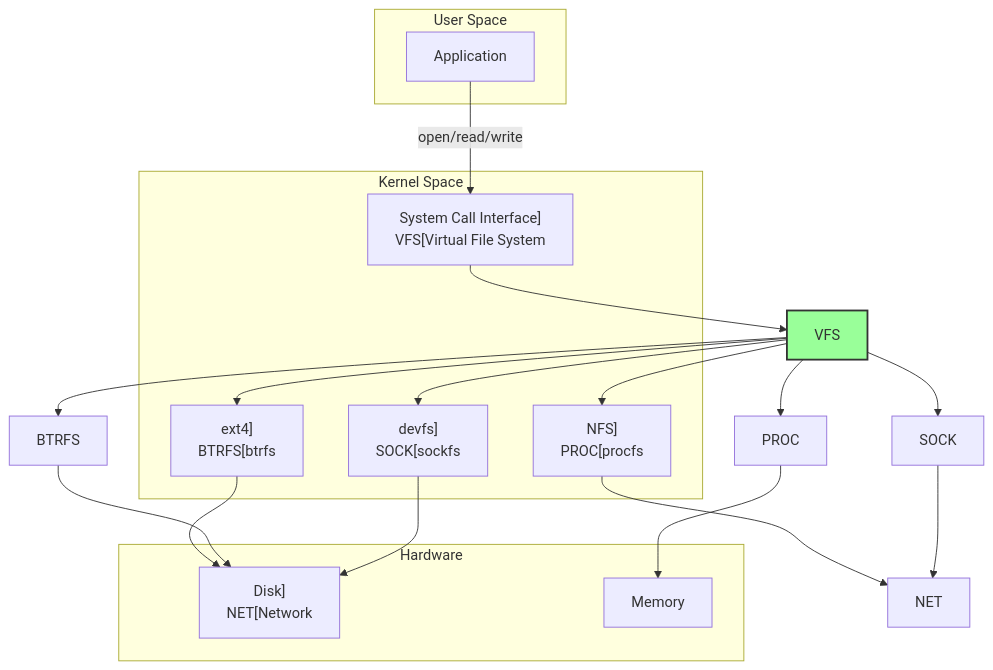
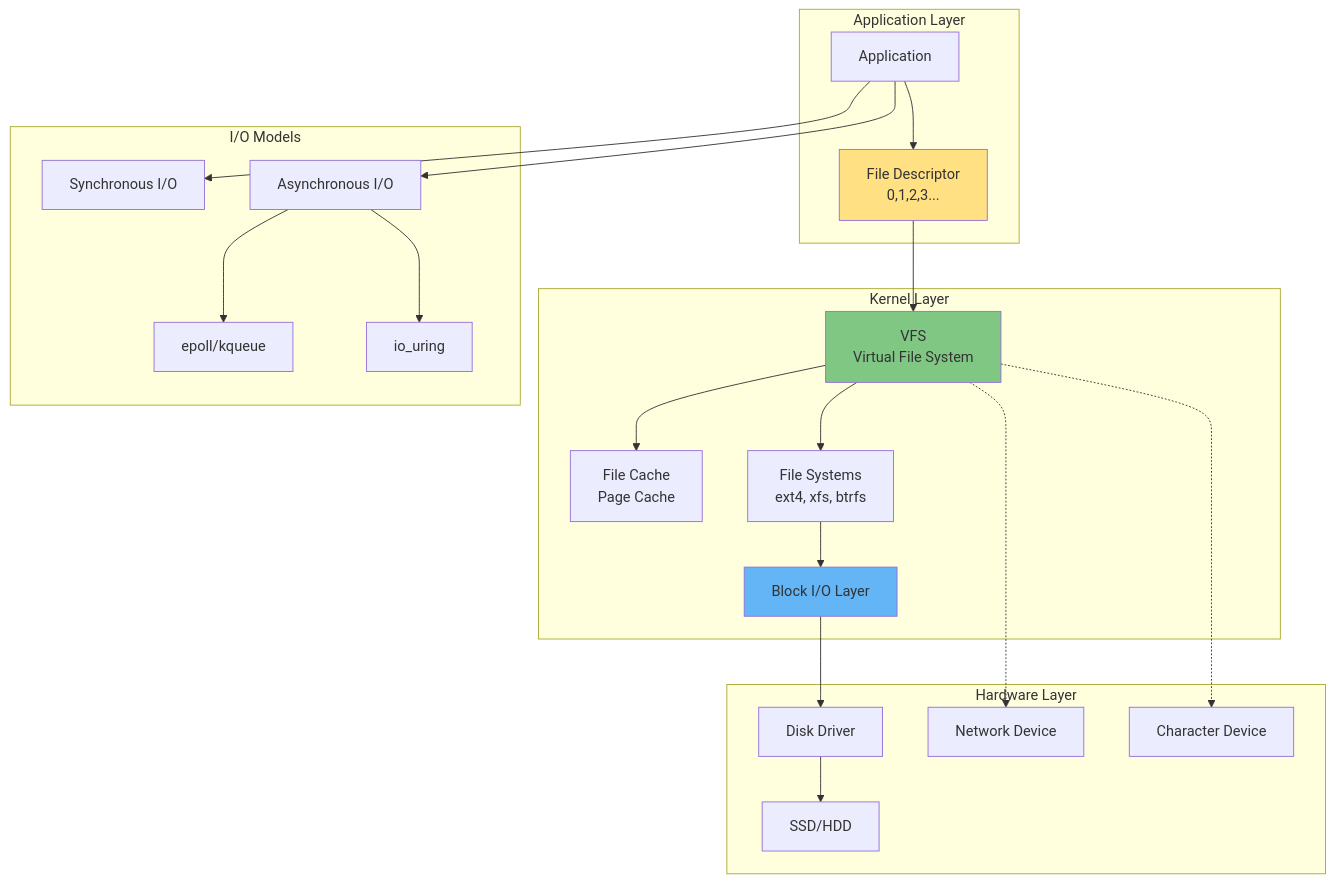
The first of 3 diagrams in docs/cs/guide/chapter-06-file-io/index.md (choru-k/choru-wiki), drawn with Mermaid before and after one commit. The commit also changed other lines of this file and 1 other file, not shown here.

````diff
--- a/docs/cs/guide/chapter-06-file-io/index.md
+++ b/docs/cs/guide/chapter-06-file-io/index.md
@@ -223,35 +37,48 @@
 ```mermaid
-graph TD
-    subgraph "User Space"
+graph TB
+    subgraph "Application Layer"
         APP[Application]
+        FD[File Descriptor<br/>0,1,2,3...]
     end
     
-    subgraph "Kernel Space"
-        SC["System Call Interface]
-        VFS[Virtual File System"]
-        
-        EXT4["ext4]
-        BTRFS[btrfs"]
-        NFS["NFS]
-        PROC[procfs"]
-        DEV["devfs]
-        SOCK[sockfs"]
+    subgraph "Kernel Layer"
+        VFS[VFS<br/>Virtual File System]
+        FC[File Cache<br/>Page Cache]
+        FS[File Systems<br/>ext4, xfs, btrfs]
+        BIO[Block I/O Layer]
     end
     
-    subgraph "Hardware"
-        DISK["Disk]
-        NET[Network"]
-        MEM[Memory]
+    subgraph "Hardware Layer"
+        DISK[Disk Driver]
+        SSD[SSD/HDD]
+        NET[Network Device]
+        DEV[Character Device]
     end
     
-    APP -->|open/read/write| SC
-    SC --> VFS
-    VFS --> EXT4 --> DISK
-    VFS --> BTRFS --> DISK
-    VFS --> NFS --> NET
-    VFS --> PROC --> MEM
-    VFS --> DEV --> DISK
-    VFS --> SOCK --> NET
+    subgraph "I/O Models"
+        SYNC[Synchronous I/O]
+        ASYNC[Asynchronous I/O]
+        EPOLL[epoll/kqueue]
+        URING[io_uring]
+    end
     
-    style VFS fill:#9f9,stroke:#333,stroke-width:2px
+    APP --> FD
+    FD --> VFS
+    VFS --> FC
+    VFS --> FS
+    FS --> BIO
+    BIO --> DISK
+    DISK --> SSD
+    
+    VFS -.-> NET
+    VFS -.-> DEV
+    
+    APP --> SYNC
+    APP --> ASYNC
+    ASYNC --> EPOLL
+    ASYNC --> URING
+    
+    style FD fill:#FFE082
+    style VFS fill:#81C784
+    style BIO fill:#64B5F6
 ```
````
